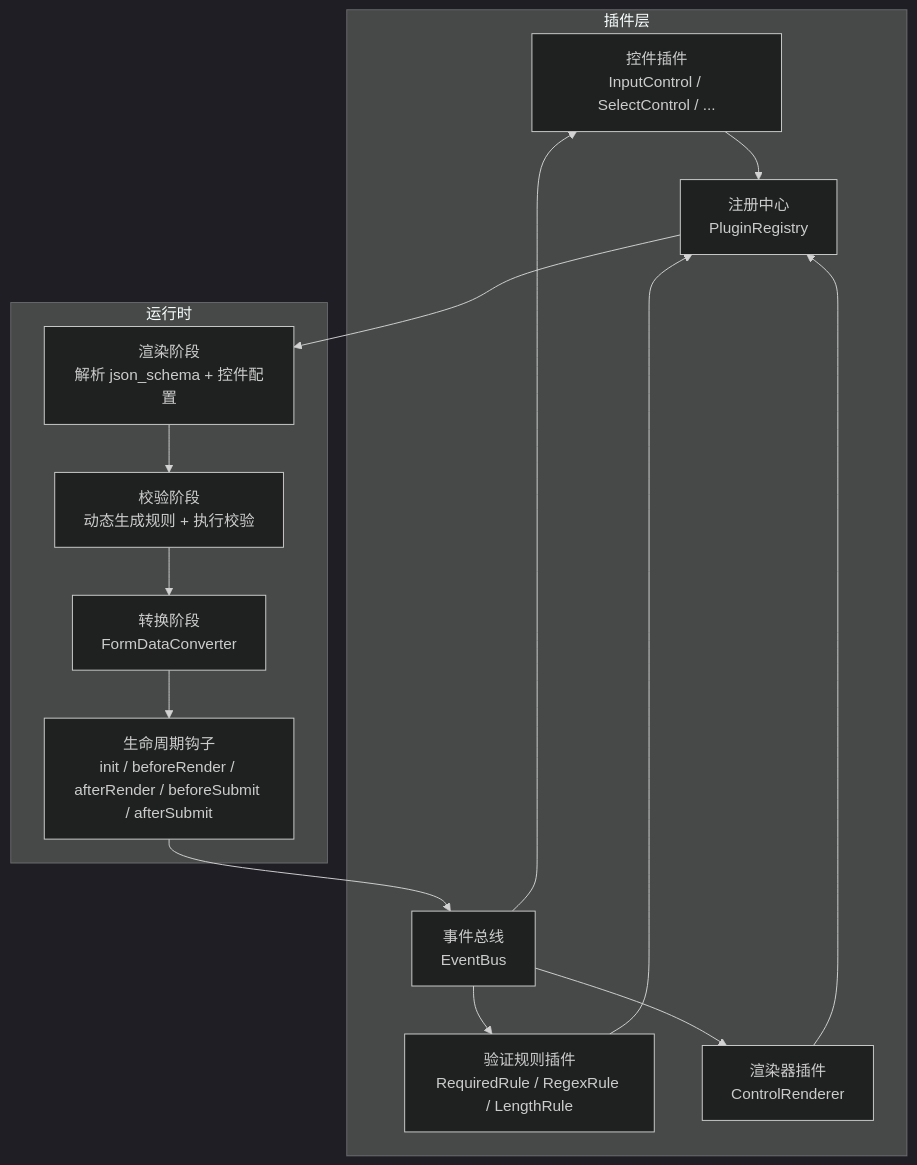
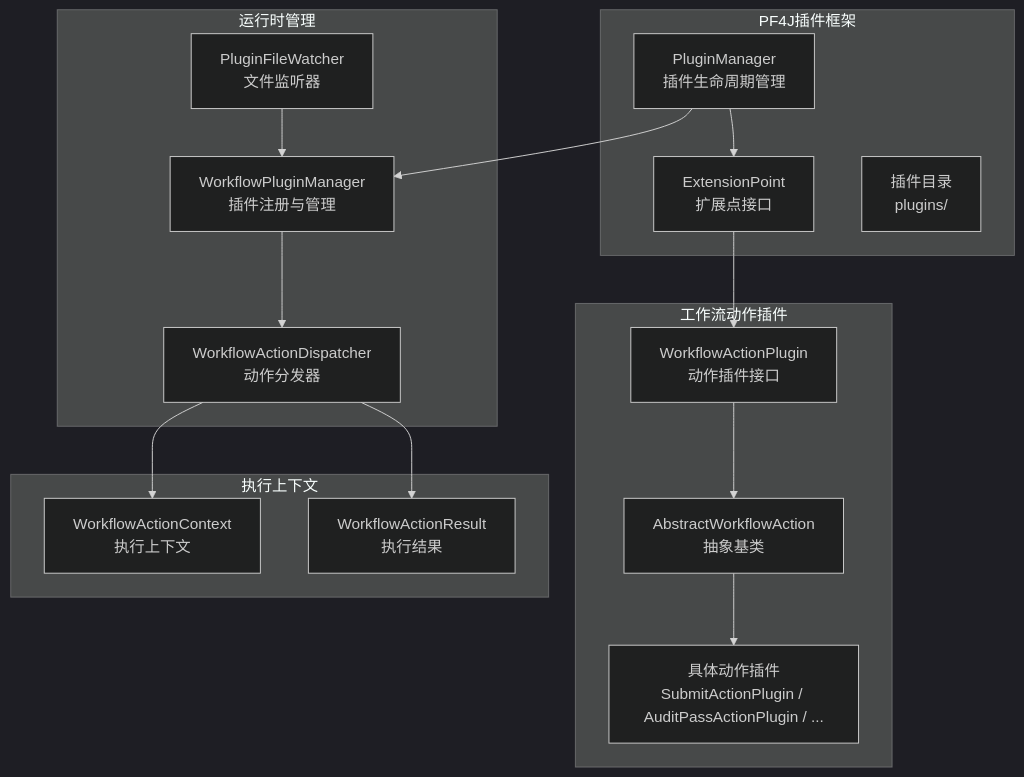
Before and after one commit to NJMrLi/genetics: the second of 7 diagrams in .qoder/repowiki/zh/content/扩展开发/插件系统设计.md, drawn with Mermaid (dark theme). The commit also changed other lines of this file and 19 other files, not shown here.

````diff
--- a/.qoder/repowiki/zh/content/扩展开发/插件系统设计.md
+++ b/.qoder/repowiki/zh/content/扩展开发/插件系统设计.md
@@ -75,27 +99,31 @@
 ```mermaid
 graph TB
-subgraph "插件层"
-P1["控件插件<br/>InputControl / SelectControl / ..."]
-P2["验证规则插件<br/>RequiredRule / RegexRule / LengthRule"]
-P3["渲染器插件<br/>ControlRenderer"]
-REG["注册中心<br/>PluginRegistry"]
-BUS["事件总线<br/>EventBus"]
+subgraph "PF4J插件框架"
+PM["PluginManager<br/>插件生命周期管理"]
+EXT["ExtensionPoint<br/>扩展点接口"]
+END["插件目录<br/>plugins/"]
 end
-subgraph "运行时"
-RT_RENDER["渲染阶段<br/>解析 json_schema + 控件配置"]
-RT_VALIDATE["校验阶段<br/>动态生成规则 + 执行校验"]
-RT_CONVERT["转换阶段<br/>FormDataConverter"]
-RT_LIFECYCLE["生命周期钩子<br/>init / beforeRender / afterRender / beforeSubmit / afterSubmit"]
+subgraph "工作流动作插件"
+AP["WorkflowActionPlugin<br/>动作插件接口"]
+AW["AbstractWorkflowAction<br/>抽象基类"]
+PLUGINS["具体动作插件<br/>SubmitActionPlugin / AuditPassActionPlugin / ..."]
 end
-P1 --> REG
-P2 --> REG
-P3 --> REG
-REG --> RT_RENDER
-RT_RENDER --> RT_VALIDATE
-RT_VALIDATE --> RT_CONVERT
-RT_CONVERT --> RT_LIFECYCLE
-RT_LIFECYCLE --> BUS
-BUS --> P1
-BUS --> P2
-BUS --> P3
+subgraph "运行时管理"
+WPM["WorkflowPluginManager<br/>插件注册与管理"]
+WPD["WorkflowActionDispatcher<br/>动作分发器"]
+PFW["PluginFileWatcher<br/>文件监听器"]
+end
+subgraph "执行上下文"
+WAC["WorkflowActionContext<br/>执行上下文"]
+WAR["WorkflowActionResult<br/>执行结果"]
+end
+PM --> EXT
+EXT --> AP
+AP --> AW
+AW --> PLUGINS
+PM --> WPM
+WPM --> WPD
+PFW --> WPM
+WPD --> WAC
+WPD --> WAR
 ```
````
